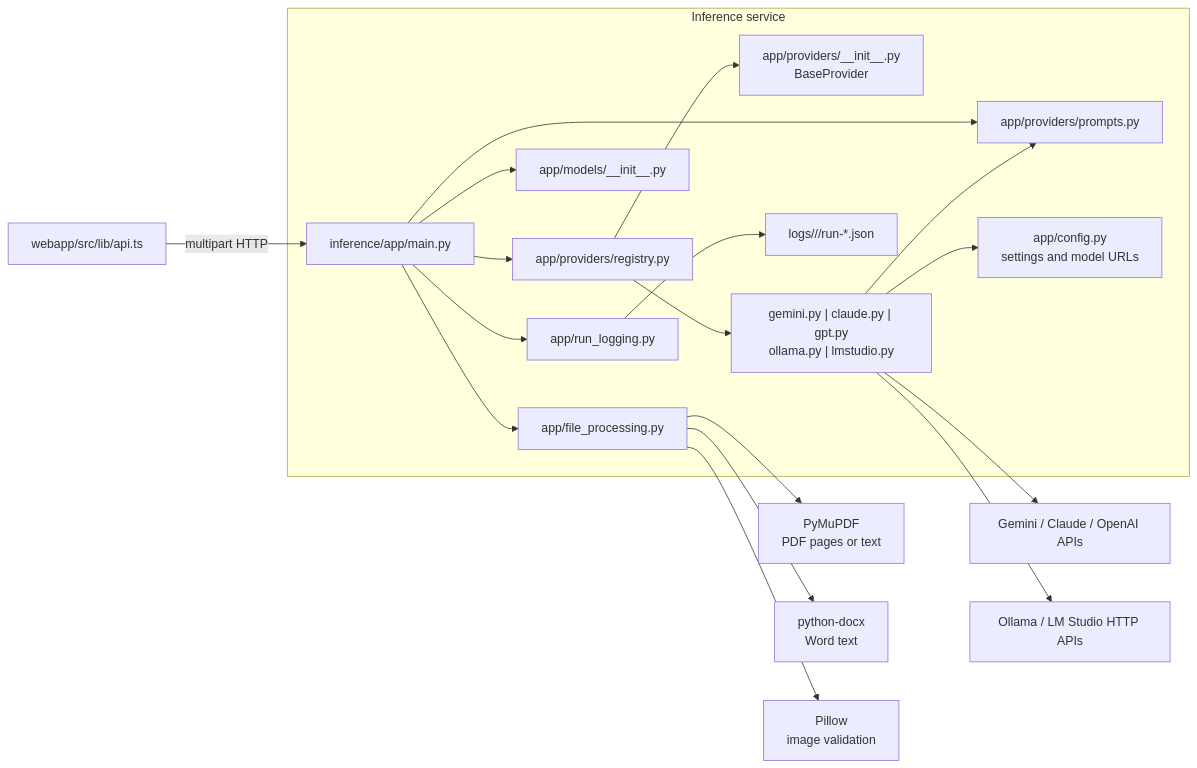
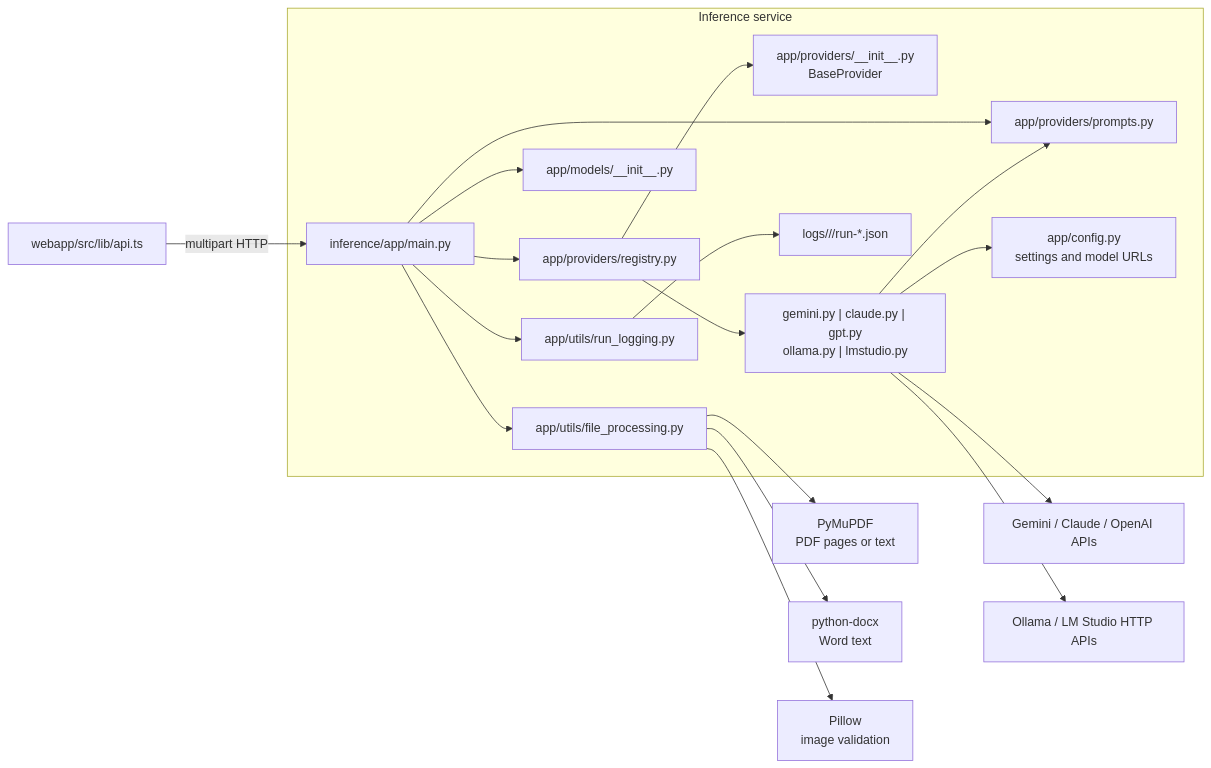
The second of 2 diagrams in docs/INFERENCE_APP_LIFECYCLE.md (franciscosuca/exan), drawn with Mermaid before and after one commit. The commit also changed other lines of this file and 8 other files, not shown here.

````diff
--- a/docs/INFERENCE_APP_LIFECYCLE.md
+++ b/docs/INFERENCE_APP_LIFECYCLE.md
@@ -156,24 +156,24 @@
 ```mermaid
 flowchart LR
     Frontend["webapp/src/lib/api.ts"] -->|multipart HTTP| Main["inference/app/main.py"]
 
     subgraph Inference["Inference service"]
-        Main --> Processing["app/file_processing.py"]
+        Main --> Processing["app/utils/file_processing.py"]
         Main --> Models["app/models/__init__.py"]
         Main --> Registry["app/providers/registry.py"]
         Main --> Prompts["app/providers/prompts.py"]
-        Main --> Logging["app/run_logging.py"]
+        Main --> Logging["app/utils/run_logging.py"]
 
         Registry --> Contract["app/providers/__init__.py\nBaseProvider"]
         Registry --> Implementations["gemini.py | claude.py | gpt.py\nollama.py | lmstudio.py"]
         Implementations --> Config["app/config.py\nsettings and model URLs"]
         Implementations --> Prompts
         Logging --> LogFiles["logs/<category>/<timestamp>/run-*.json"]
     end
 
     Processing --> PDF["PyMuPDF\nPDF pages or text"]
     Processing --> Word["python-docx\nWord text"]
     Processing --> Image["Pillow\nimage validation"]
     Implementations --> Cloud["Gemini / Claude / OpenAI APIs"]
     Implementations --> Local["Ollama / LM Studio HTTP APIs"]
 ```
````
